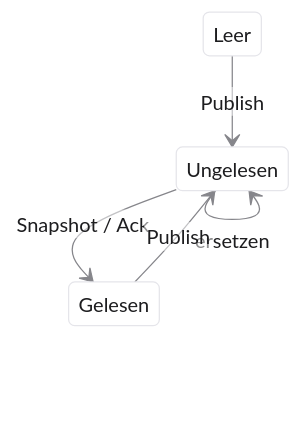
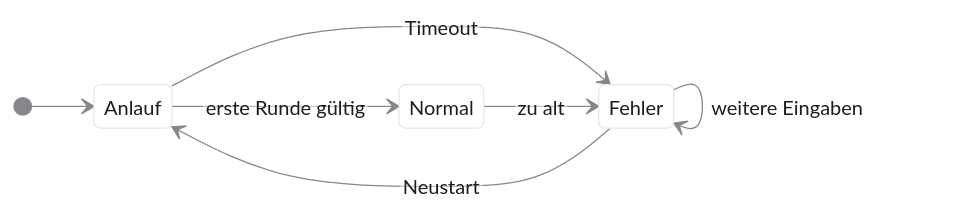
Before and after one commit to dantschi/echtzeitsysteme: the fourth of 4 diagrams in vorlesungen/09_capstone-architekturmuster.qmd, drawn with Mermaid. The commit also changed other lines of this file and 23 other files, not shown here.

````diff
--- a/vorlesungen/09_capstone-architekturmuster.qmd
+++ b/vorlesungen/09_capstone-architekturmuster.qmd
@@ -562,10 +715,11 @@
 ```{mermaid}
-%%| fig-width: 5.4
-%%{init: {'theme':'base','htmlLabels':false,'flowchart':{'htmlLabels':false},'themeVariables':{'background':'#FFFFFF','primaryColor':'#FFFFFF','primaryBorderColor':'#E5E5EA','primaryTextColor':'#1D1D1F','lineColor':'#86868B'}}}%%
+%%{init: {'theme':'base','htmlLabels':false,'flowchart':{'htmlLabels':false},'themeVariables':{'background':'#FFFFFF','primaryColor':'#FFFFFF','primaryBorderColor':'#E5E5EA','primaryTextColor':'#1D1D1F','lineColor':'#86868B','fontFamily':'Inter, sans-serif'}}}%%
 stateDiagram-v2
- direction TB
- Leer --> Ungelesen: Publish
- Ungelesen --> Ungelesen: ersetzen
- Ungelesen --> Gelesen: Snapshot / Ack
- Gelesen --> Ungelesen: Publish
+ direction LR
+ [*] --> Anlauf
+ Anlauf --> Normal: erste Runde gültig
+ Anlauf --> Fehler: Timeout
+ Normal --> Fehler: zu alt
+ Fehler --> Fehler: weitere Eingaben
+ Fehler --> Anlauf: Neustart
 ```
````
